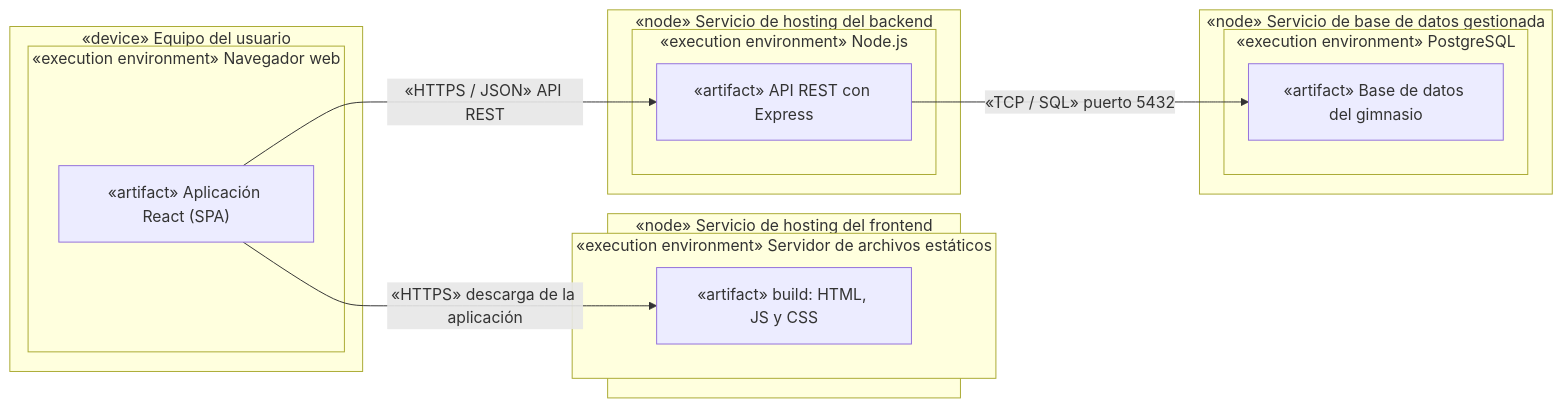
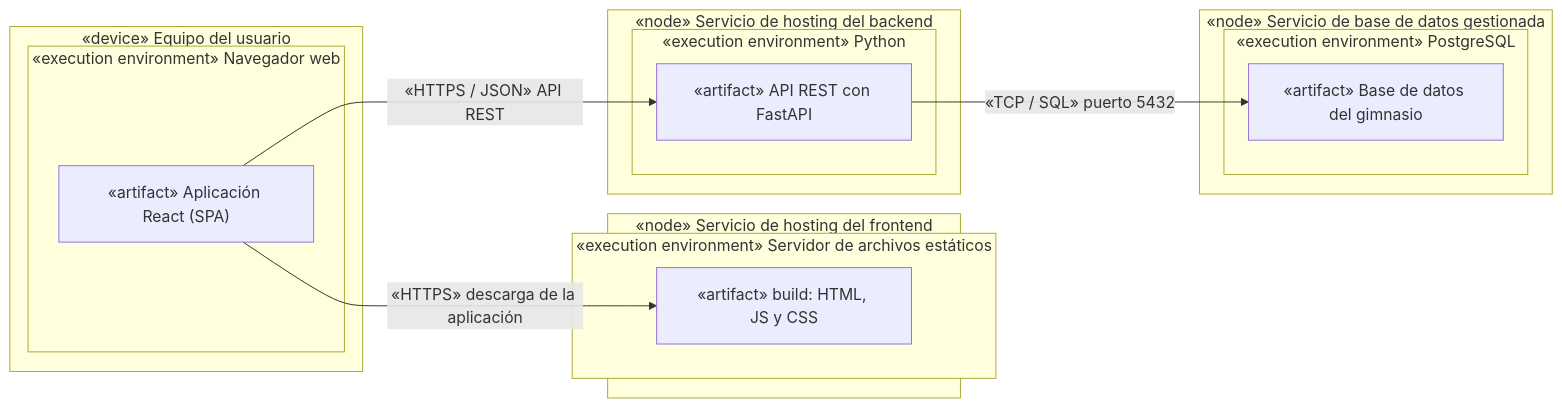
The diagram in docs/diagrama_despliegue.md (pao41/Trabajo-Final-Integrador), drawn with Mermaid before and after one commit. The commit also changed other lines of this file and 3 other files, not shown here.

Commit message:
docs: actualizar el stack del backend a Python y FastAPI

````diff
--- a/docs/diagrama_despliegue.md
+++ b/docs/diagrama_despliegue.md
@@ -5,27 +5,27 @@
 ```mermaid
 flowchart LR
     subgraph N1["«device» Equipo del usuario"]
         subgraph E1["«execution environment» Navegador web"]
             A1["«artifact» Aplicación React (SPA)"]
         end
     end
     subgraph N2["«node» Servicio de hosting del frontend"]
         subgraph E2["«execution environment» Servidor de archivos estáticos"]
             A2["«artifact» build: HTML, JS y CSS"]
         end
     end
     subgraph N3["«node» Servicio de hosting del backend"]
-        subgraph E3["«execution environment» Node.js"]
-            A3["«artifact» API REST con Express"]
+        subgraph E3["«execution environment» Python"]
+            A3["«artifact» API REST con FastAPI"]
         end
     end
     subgraph N4["«node» Servicio de base de datos gestionada"]
         subgraph E4["«execution environment» PostgreSQL"]
             A4["«artifact» Base de datos del gimnasio"]
         end
     end
 
     A1 -->|"«HTTPS» descarga de la aplicación"| A2
     A1 -->|"«HTTPS / JSON» API REST"| A3
     A3 -->|"«TCP / SQL» puerto 5432"| A4
 ```
````
